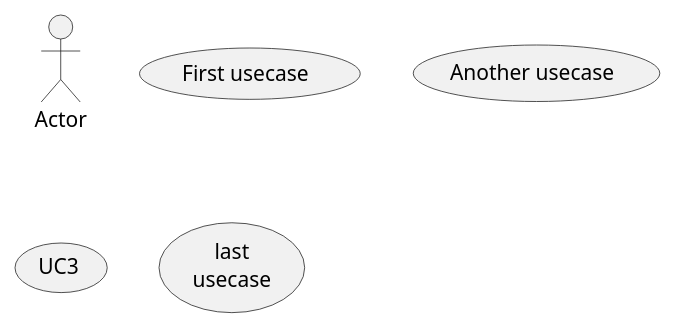
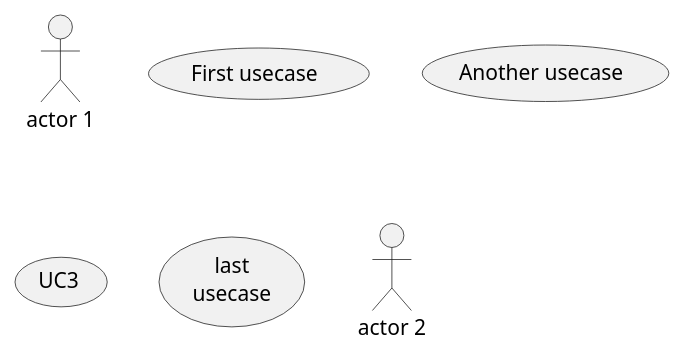
One commit to leath-dub/puml changed the diagram in test_use_case.puml. Above: the diagram before and after it, drawn with PlantUML.

Commit message:
added/modified test_use_case.puml

```diff
--- a/test_use_case.puml
+++ b/test_use_case.puml
@@ -1,9 +1,10 @@
 @startuml
 
-:Actor:
+:actor 1:
 (First usecase)
 (Another usecase) as (UC2)
 usecase UC3
 usecase (last\nusecase) as UC4
+:actor 2:
 
 @enduml
```
